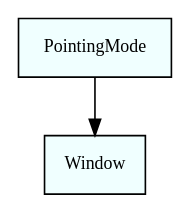
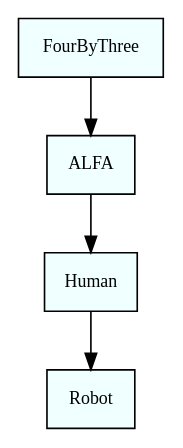
The diagram in hierarchy_graph.dot (pstlab/PLATINUm), drawn with Graphviz before and after one commit. The commit also changed 5 other files, not shown here.

```diff
--- a/hierarchy_graph.dot
+++ b/hierarchy_graph.dot
@@ -1,5 +1,5 @@
 digraph hierarhcy_graph {
 	rankdir=TB;
 	node [fontsize=11, style=filled, fillcolor=azure, shape = box]
-	PointingMode -> Window
+	FourByThree -> ALFA	ALFA -> Human	Human -> Robot
 }
```
